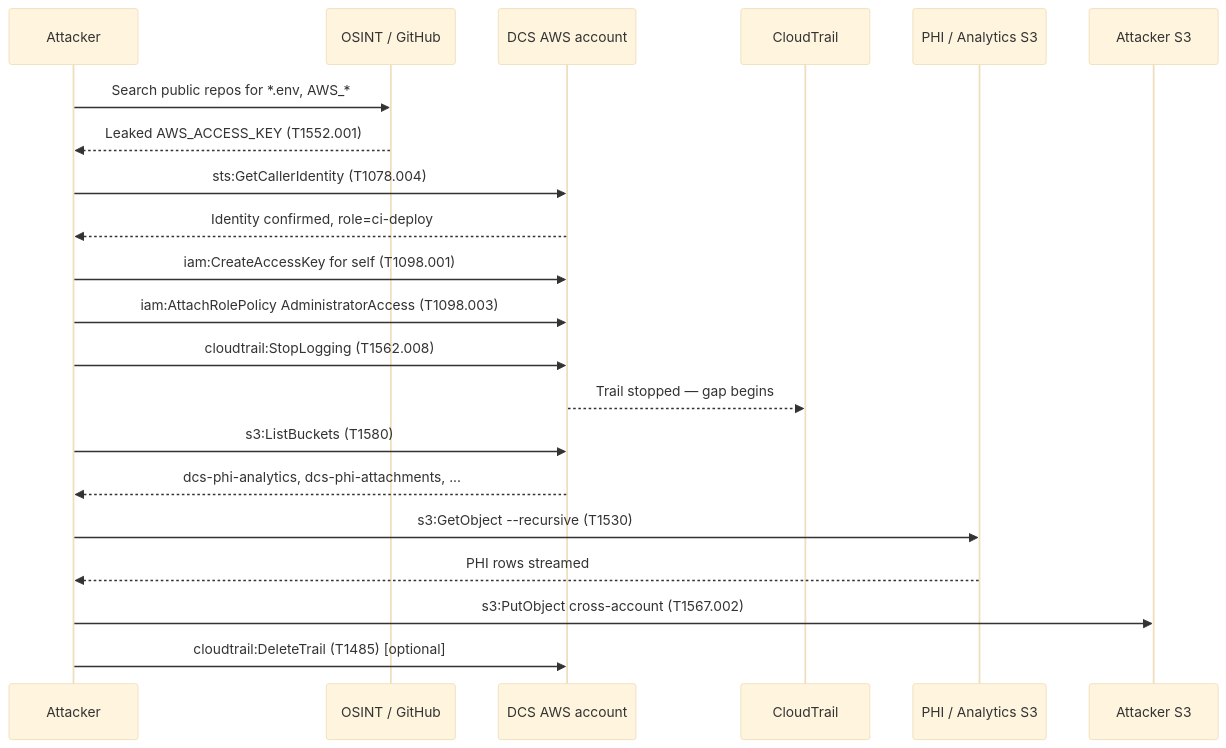
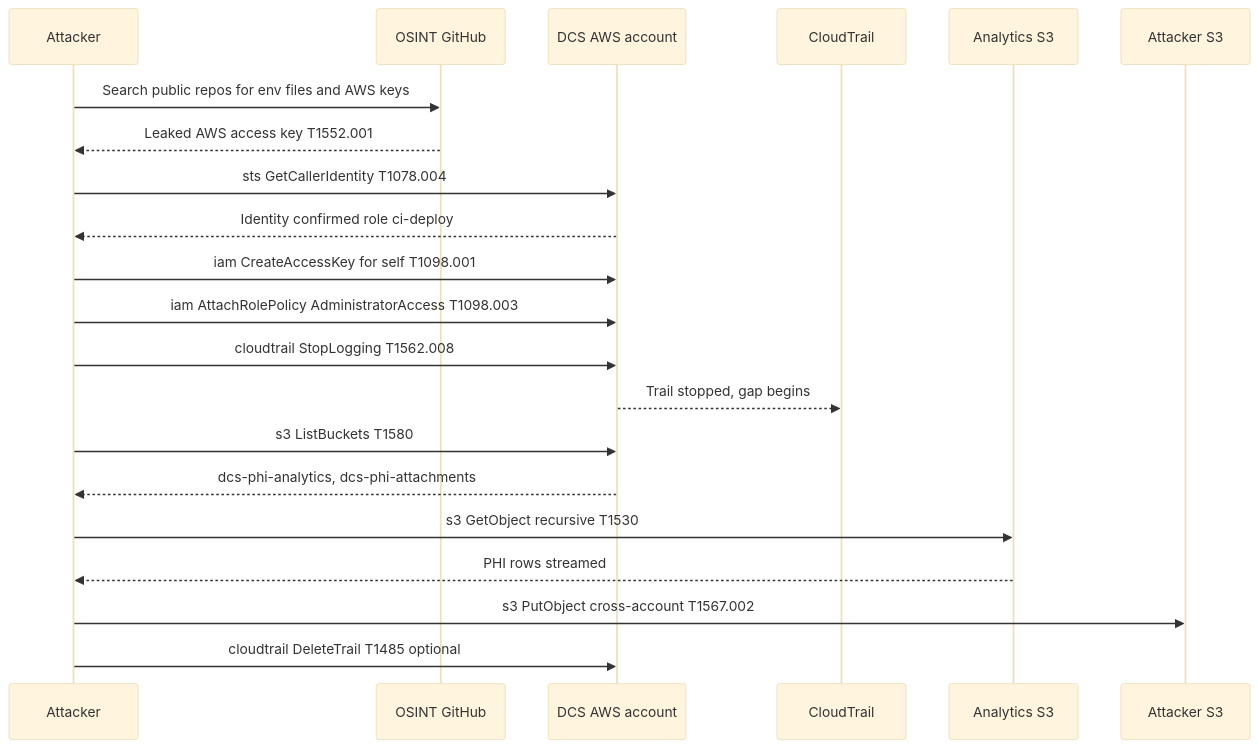
Before and after one commit to DhillanC/Thread-Modeling-DCS-CareConnect: the diagram in Attack Scenario 2/Sequence Summary.md, drawn with Mermaid (base theme). The commit also changed 10 other files, not shown here.

First line of the commit message:
fix: make all Mermaid diagrams compatible with GitHub/VSCode preview parser

````diff
--- a/Attack Scenario 2/Sequence Summary.md
+++ b/Attack Scenario 2/Sequence Summary.md
@@ -9,24 +9,24 @@
 ```mermaid
 sequenceDiagram
     participant Att as Attacker
-    participant Recon as OSINT / GitHub
+    participant Recon as OSINT GitHub
     participant AWS as DCS AWS account
     participant CT as CloudTrail
-    participant S3 as PHI / Analytics S3
+    participant S3 as Analytics S3
     participant ExfilS3 as Attacker S3
 
-    Att->>Recon: Search public repos for *.env, AWS_*
-    Recon-->>Att: Leaked AWS_ACCESS_KEY (T1552.001)
-    Att->>AWS: sts:GetCallerIdentity (T1078.004)
-    AWS-->>Att: Identity confirmed, role=ci-deploy
-    Att->>AWS: iam:CreateAccessKey for self (T1098.001)
-    Att->>AWS: iam:AttachRolePolicy AdministratorAccess (T1098.003)
-    Att->>AWS: cloudtrail:StopLogging (T1562.008)
-    AWS-->>CT: Trail stopped — gap begins
-    Att->>AWS: s3:ListBuckets (T1580)
-    AWS-->>Att: dcs-phi-analytics, dcs-phi-attachments, ...
-    Att->>S3: s3:GetObject --recursive (T1530)
+    Att->>Recon: Search public repos for env files and AWS keys
+    Recon-->>Att: Leaked AWS access key T1552.001
+    Att->>AWS: sts GetCallerIdentity T1078.004
+    AWS-->>Att: Identity confirmed role ci-deploy
+    Att->>AWS: iam CreateAccessKey for self T1098.001
+    Att->>AWS: iam AttachRolePolicy AdministratorAccess T1098.003
+    Att->>AWS: cloudtrail StopLogging T1562.008
+    AWS-->>CT: Trail stopped, gap begins
+    Att->>AWS: s3 ListBuckets T1580
+    AWS-->>Att: dcs-phi-analytics, dcs-phi-attachments
+    Att->>S3: s3 GetObject recursive T1530
     S3-->>Att: PHI rows streamed
-    Att->>ExfilS3: s3:PutObject cross-account (T1567.002)
-    Att->>AWS: cloudtrail:DeleteTrail (T1485) [optional]
+    Att->>ExfilS3: s3 PutObject cross-account T1567.002
+    Att->>AWS: cloudtrail DeleteTrail T1485 optional
 ```
````
